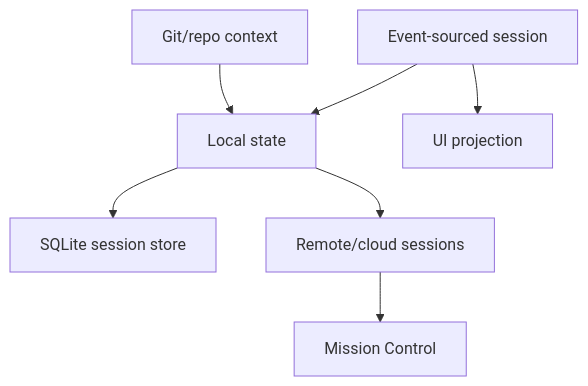
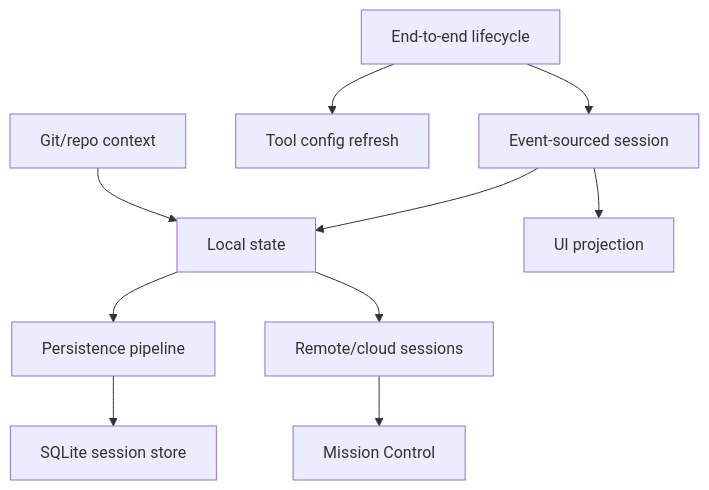
The diagram in docs/03-sessions-and-remote/README.md (vibewatch/copilot-cli-internals), drawn with Mermaid before and after one commit. The commit also changed other lines of this file and 13 other files, not shown here.

First line of the commit message:
Add documentation for session lifecycle, persistence, and debug boundaries

````diff
--- a/docs/03-sessions-and-remote/README.md
+++ b/docs/03-sessions-and-remote/README.md
@@ -18,17 +18,23 @@
 ```mermaid
 flowchart TD
-    Events[Event-sourced session] --> Store[Local state]
+    Lifecycle[End-to-end lifecycle] --> Events[Event-sourced session]
+    Lifecycle --> Tools[Tool config refresh]
+    Events --> Store[Local state]
     Events --> UI[UI projection]
-    Store --> SQLite[SQLite session store]
+    Store --> Persistence[Persistence pipeline]
+    Persistence --> SQLite[SQLite session store]
     Git[Git/repo context] --> Store
     Store --> Remote[Remote/cloud sessions]
     Remote --> MC[Mission Control]
 
+    click Lifecycle "./session-lifecycle-end-to-end/" "Open end-to-end session lifecycle"
     click Events "./session-support-implementation/" "Open session support implementation"
+    click Tools "../04-tools-and-integrations/runtime-tool-assembly-and-filtering/" "Open runtime tool assembly and filtering"
     click Store "./session-fs-provider-and-state-files/" "Open SessionFs and state files"
+    click Persistence "./persistence-pipeline/" "Open persistence pipeline"
     click UI "./system-events-and-ui-projection/" "Open system events and UI projection"
     click SQLite "./session-store-sqlite-indexing/" "Open session-store SQLite indexing"
     click Git "./git-repository-context/" "Open git and repository context"
     click Remote "./sessions-remote-cloud/" "Open remote and cloud sessions"
     click MC "./remote-control-implementation/" "Open remote control implementation"
 ```
````
